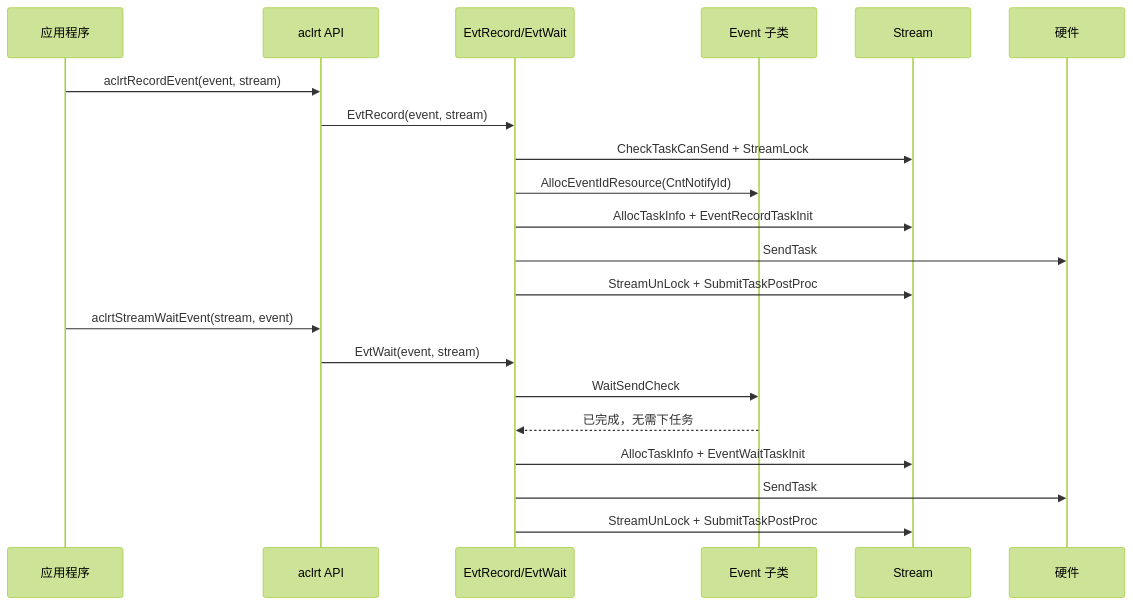
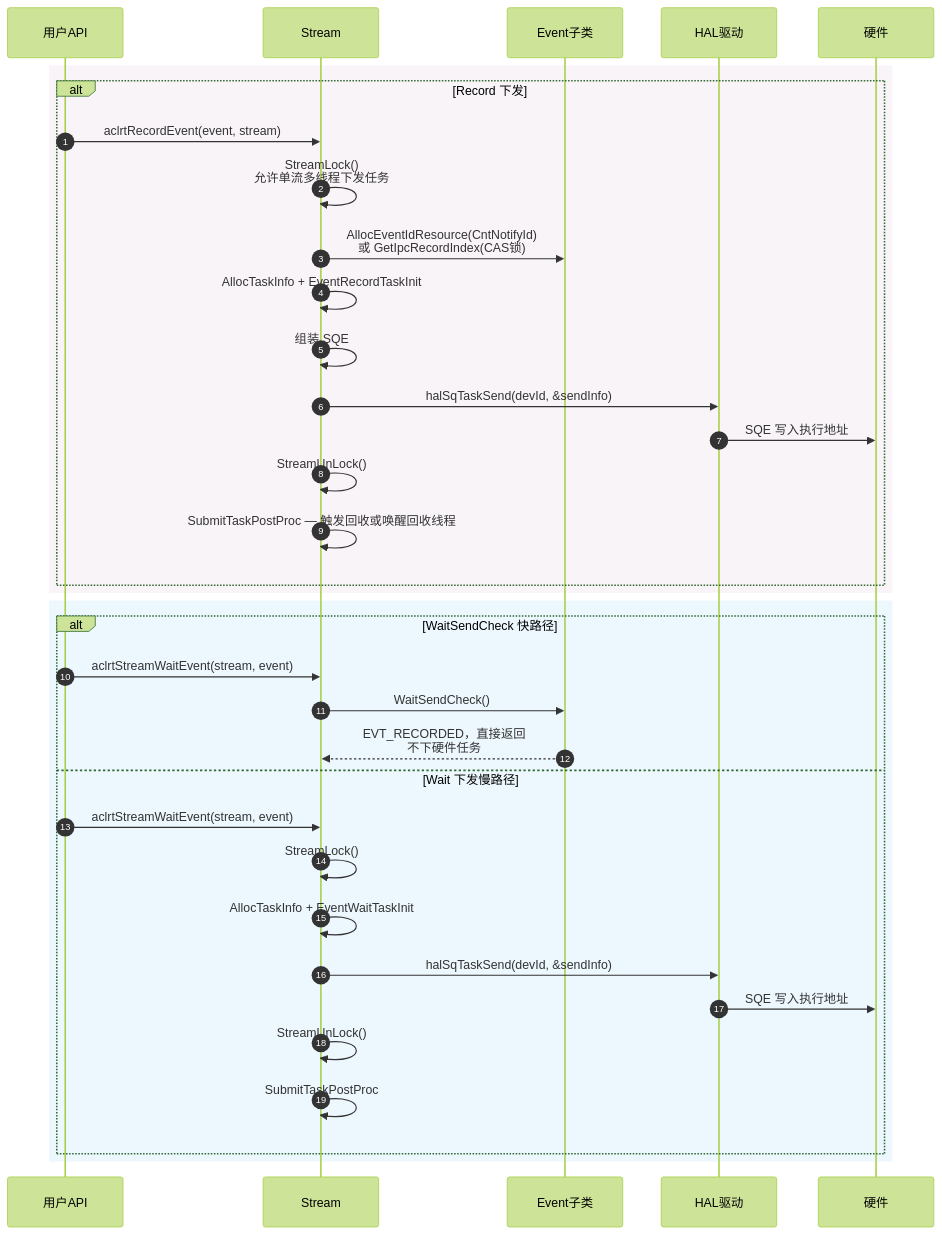
The second of 11 diagrams in docs/design/modules/event/event.md (18liumin/runtime), drawn with Mermaid (forest theme) before and after one commit. The commit also changed other lines of this file, not shown here.

First line of the commit message:
docs/design/event: 参照task模块重构图表风格和内容结构

````diff
--- a/docs/design/modules/event/event.md
+++ b/docs/design/modules/event/event.md
@@ -166,25 +141,41 @@
 ```mermaid
+
 sequenceDiagram
-    participant App as 应用程序
-    participant API as aclrt API
-    participant EvtEntry as EvtRecord/EvtWait
-    participant EventSub as Event 子类
+    autonumber
+    participant App as 用户API
     participant Stream as Stream
+    participant EventSub as Event子类
+    participant Driver as HAL驱动
     participant HW as 硬件
 
-    App->>API: aclrtRecordEvent(event, stream)
-    API->>EvtEntry: EvtRecord(event, stream)
-    EvtEntry->>Stream: CheckTaskCanSend + StreamLock
-    EvtEntry->>EventSub: AllocEventIdResource(CntNotifyId)
-    EvtEntry->>Stream: AllocTaskInfo + EventRecordTaskInit
-    EvtEntry->>HW: SendTask
-    EvtEntry->>Stream: StreamUnLock + SubmitTaskPostProc
+    rect rgba(245, 237, 244, 0.62)
+        alt Record 下发
+            App->>Stream: aclrtRecordEvent(event, stream)
+            Stream->>Stream: StreamLock() <br/> 允许单流多线程下发任务
+            Stream->>EventSub: AllocEventIdResource(CntNotifyId) <br/> 或 GetIpcRecordIndex(CAS锁)
+            Stream->>Stream: AllocTaskInfo + EventRecordTaskInit
+            Stream->>Stream: 组装 SQE
+            Stream->>Driver: halSqTaskSend(devId, &sendInfo)
+            Driver->>HW: SQE 写入执行地址
+            Stream->>Stream: StreamUnLock()
+            Stream->>Stream: SubmitTaskPostProc — 触发回收或唤醒回收线程
+        end
+    end
 
-    App->>API: aclrtStreamWaitEvent(stream, event)
-    API->>EvtEntry: EvtWait(event, stream)
-    EvtEntry->>EventSub: WaitSendCheck
-    EventSub-->>EvtEntry: 已完成，无需下任务
-    EvtEntry->>Stream: AllocTaskInfo + EventWaitTaskInit
-    EvtEntry->>HW: SendTask
-    EvtEntry->>Stream: StreamUnLock + SubmitTaskPostProc
+    rect rgba(227, 242, 253, 0.62)
+        alt WaitSendCheck 快路径
+            App->>Stream: aclrtStreamWaitEvent(stream, event)
+            Stream->>EventSub: WaitSendCheck()
+            EventSub-->>Stream: EVT_RECORDED，直接返回 <br/>不下硬件任务
+        else Wait 下发慢路径
+            App->>Stream: aclrtStreamWaitEvent(stream, event)
+            Stream->>Stream: StreamLock()
+            Stream->>Stream: AllocTaskInfo + EventWaitTaskInit
+            Stream->>Driver: halSqTaskSend(devId, &sendInfo)
+            Driver->>HW: SQE 写入执行地址
+            Stream->>Stream: StreamUnLock()
+            Stream->>Stream: SubmitTaskPostProc
+        end
+    end
+
 ```
````
